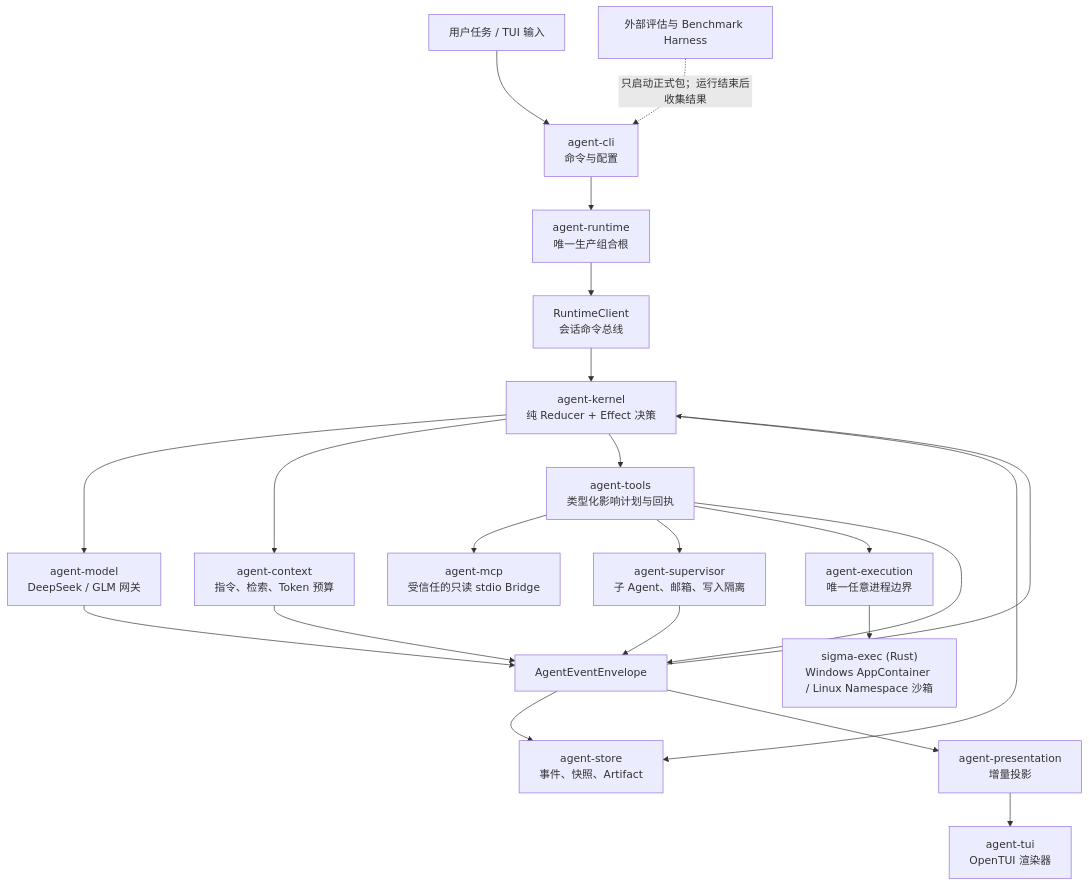
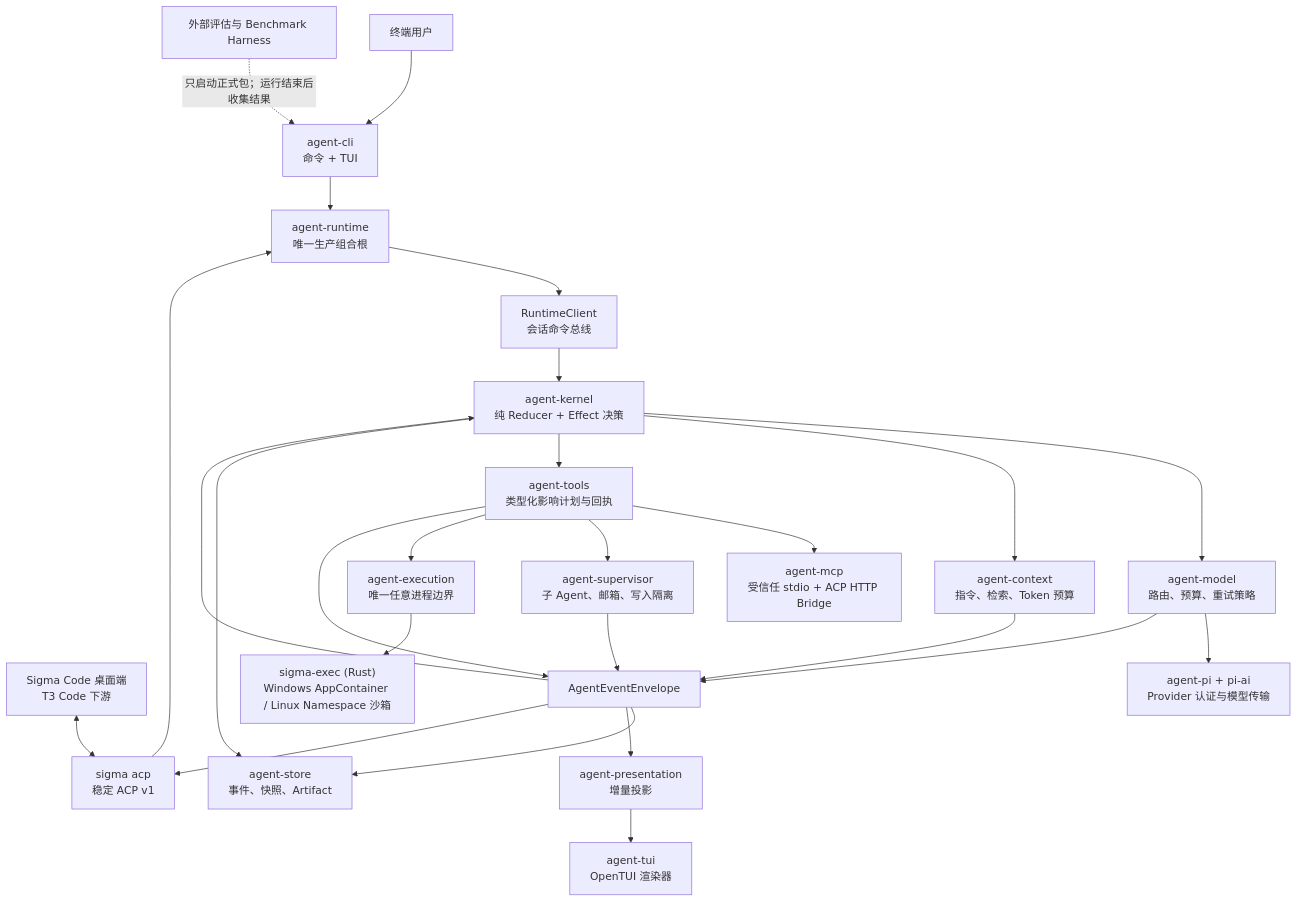
The diagram in README.zh-CN.md (hututuQQQ/sigma), drawn with Mermaid before and after one commit. The commit also changed other lines of this file and 2 other files, not shown here.

Commit message:
Refresh Sigma Code product documentation

````diff
--- a/README.zh-CN.md
+++ b/README.zh-CN.md
@@ -135,28 +178,32 @@
 ```mermaid
 flowchart TB
-  USER["用户任务 / TUI 输入"] --> CLI["agent-cli<br/>命令与配置"]
+  USER["终端用户"] --> CLI["agent-cli<br/>命令 + TUI"]
+  DESKTOP["Sigma Code 桌面端<br/>T3 Code 下游"] <--> ACP["sigma acp<br/>稳定 ACP v1"]
   CLI --> ROOT["agent-runtime<br/>唯一生产组合根"]
+  ACP --> ROOT
   ROOT --> CLIENT["RuntimeClient<br/>会话命令总线"]
   CLIENT --> KERNEL["agent-kernel<br/>纯 Reducer + Effect 决策"]
 
-  KERNEL --> MODEL["agent-model<br/>DeepSeek / GLM 网关"]
+  KERNEL --> MODEL["agent-model<br/>路由、预算、重试策略"]
+  MODEL --> PI["agent-pi + pi-ai<br/>Provider 认证与模型传输"]
   KERNEL --> CONTEXT["agent-context<br/>指令、检索、Token 预算"]
   KERNEL --> TOOLS["agent-tools<br/>类型化影响计划与回执"]
   KERNEL --> STORE["agent-store<br/>事件、快照、Artifact"]
 
-  TOOLS --> MCP["agent-mcp<br/>受信任的只读 stdio Bridge"]
+  TOOLS --> MCP["agent-mcp<br/>受信任 stdio + ACP HTTP Bridge"]
   TOOLS --> SUP["agent-supervisor<br/>子 Agent、邮箱、写入隔离"]
   TOOLS --> EXEC["agent-execution<br/>唯一任意进程边界"]
   EXEC --> NATIVE["sigma-exec (Rust)<br/>Windows AppContainer / Linux Namespace 沙箱"]
 
   MODEL --> EVENTS["AgentEventEnvelope"]
   CONTEXT --> EVENTS
   TOOLS --> EVENTS
   SUP --> EVENTS
   EVENTS --> STORE
   EVENTS --> KERNEL
   EVENTS --> PRESENT["agent-presentation<br/>增量投影"]
   PRESENT --> TUI["agent-tui<br/>OpenTUI 渲染器"]
+  EVENTS --> ACP
 
   EVAL["外部评估与 Benchmark Harness"] -.->|"只启动正式包；运行结束后收集结果"| CLI
 ```
````
